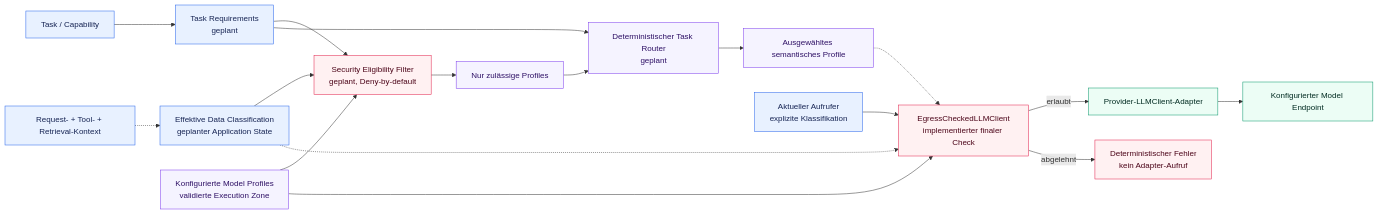
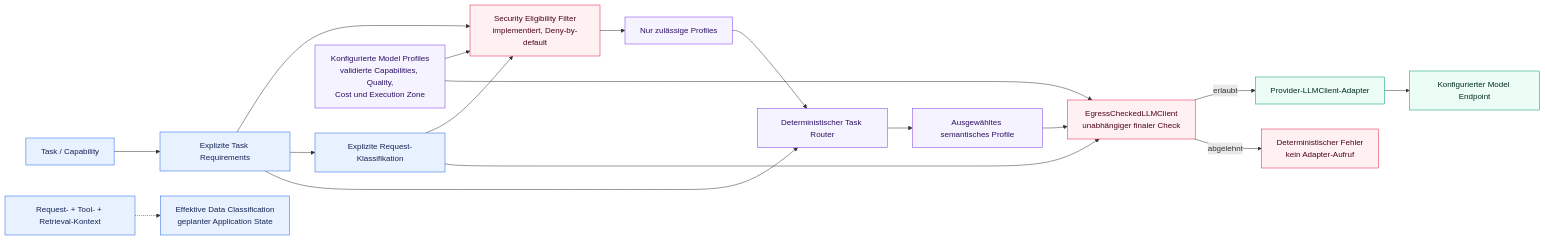
Before and after one commit to aboerzel/industrial-ai-agent: the eighth of 10 diagrams in docs/architecture/overview.de.md, drawn with Mermaid. The commit also changed other lines of this file and 11 other files, not shown here.

Commit message:
feat: add task-level model routing

````diff
--- a/docs/architecture/overview.de.md
+++ b/docs/architecture/overview.de.md
@@ -426,28 +440,28 @@
 ```mermaid
 flowchart LR
-    Task["Task / Capability"] --> Requirements["Task Requirements<br/>geplant"]
+    Task["Task / Capability"] --> Requirements["Explizite Task Requirements"]
     Context["Request- + Tool- + Retrieval-Kontext"] -.-> Classification["Effektive Data Classification<br/>geplanter Application State"]
-    Requirements --> Eligibility["Security Eligibility Filter<br/>geplant, Deny-by-default"]
-    Classification --> Eligibility
-    Profiles["Konfigurierte Model Profiles<br/>validierte Execution Zone"] --> Eligibility
+    Requirements --> Eligibility["Security Eligibility Filter<br/>implementiert, Deny-by-default"]
+    Requirements --> ExplicitClass["Explizite Request-Klassifikation"]
+    ExplicitClass --> Eligibility
+    Profiles["Konfigurierte Model Profiles<br/>validierte Capabilities, Quality,<br/>Cost und Execution Zone"] --> Eligibility
     Eligibility --> Eligible["Nur zulässige Profiles"]
-    Eligible --> Router["Deterministischer Task Router<br/>geplant"]
+    Eligible --> Router["Deterministischer Task Router"]
     Requirements --> Router
     Router --> Selected["Ausgewähltes semantisches Profile"]
-    Caller["Aktueller Aufrufer<br/>explizite Klassifikation"] --> FinalCheck["EgressCheckedLLMClient<br/>implementierter finaler Check"]
-    Selected -.-> FinalCheck
+    Selected --> FinalCheck["EgressCheckedLLMClient<br/>unabhängiger finaler Check"]
     Profiles --> FinalCheck
-    Classification -.-> FinalCheck
+    ExplicitClass --> FinalCheck
     FinalCheck -->|"erlaubt"| Client["Provider-LLMClient-Adapter"]
     FinalCheck -->|"abgelehnt"| Failure["Deterministischer Fehler<br/>kein Adapter-Aufruf"]
     Client --> Endpoint["Konfigurierter Model Endpoint"]
 
     classDef core fill:#e8f1ff,stroke:#2563eb,color:#172554
     classDef security fill:#fff1f2,stroke:#e11d48,color:#4c0519
     classDef routing fill:#f5f3ff,stroke:#7c3aed,color:#2e1065
     classDef adapter fill:#ecfdf5,stroke:#059669,color:#022c22
-    class Task,Requirements,Context,Classification,Caller core
+    class Task,Requirements,Context,Classification,ExplicitClass core
     class Eligibility,FinalCheck,Failure security
     class Profiles,Eligible,Router,Selected routing
     class Client,Endpoint adapter
 ```
````
